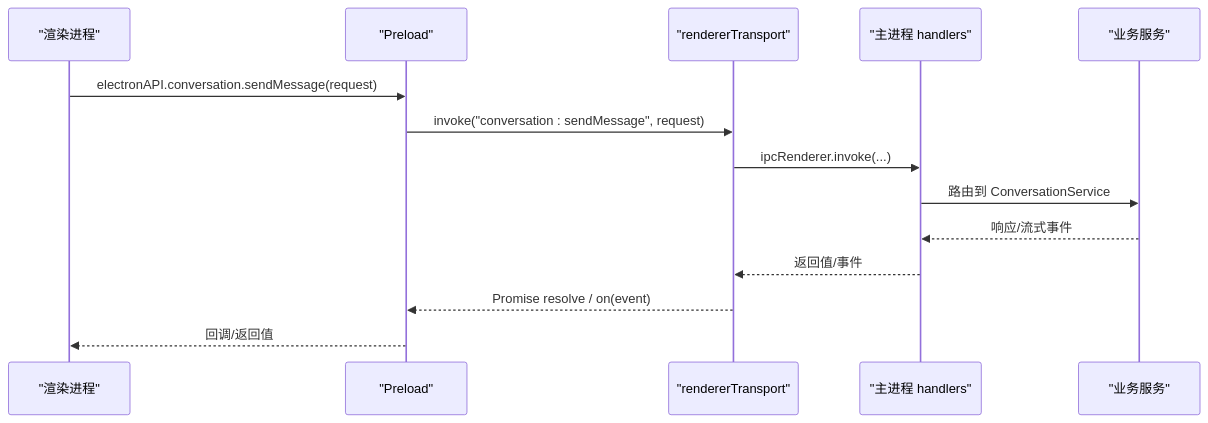
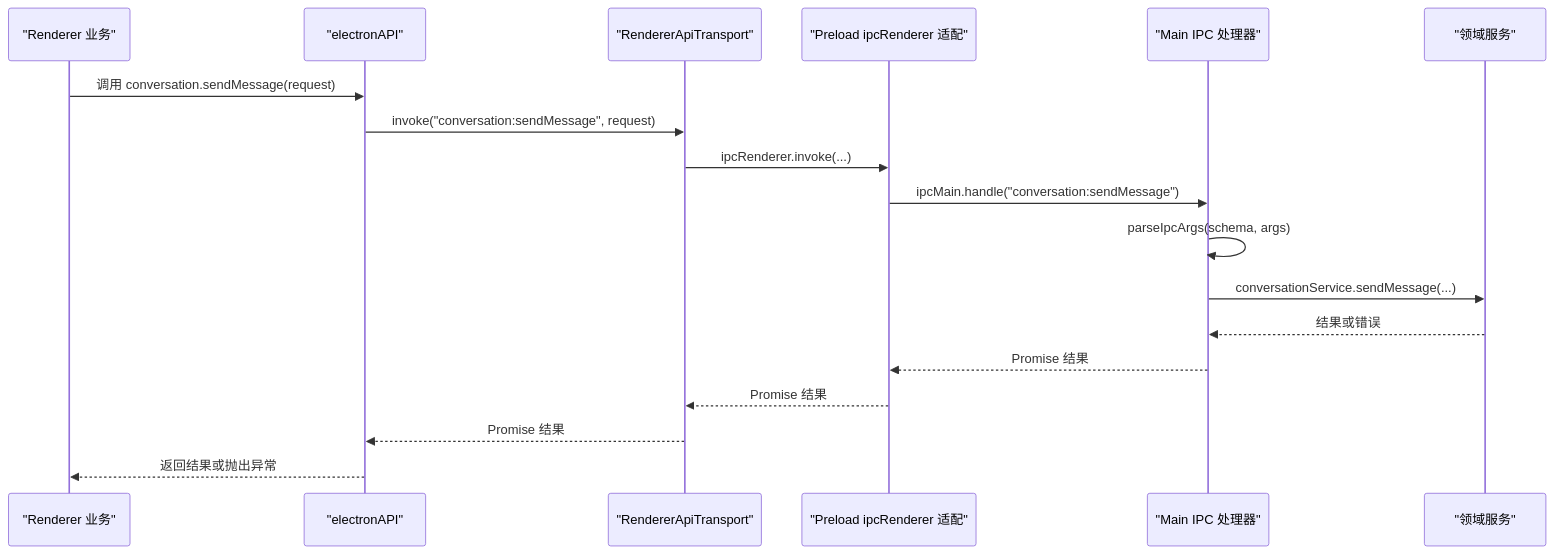
One commit to haolange/RDC-Agent changed the third of 4 diagrams in .qoder/repowiki/zh/content/API 参考/API 参考.md. Above: the diagram before and after it, drawn with Mermaid. The commit also changed other lines of this file and 356 other files, not shown here.

````diff
--- a/.qoder/repowiki/zh/content/API 参考/API 参考.md
+++ b/.qoder/repowiki/zh/content/API 参考/API 参考.md
@@ -86,16 +203,21 @@
 ```mermaid
 sequenceDiagram
-participant R as "渲染进程"
-participant P as "Preload"
-participant T as "rendererTransport"
-participant M as "主进程 handlers"
-participant S as "业务服务"
-R->>P : electronAPI.conversation.sendMessage(request)
-P->>T : invoke("conversation : sendMessage", request)
-T->>M : ipcRenderer.invoke(...)
-M->>S : 路由到 ConversationService
-S-->>M : 响应/流式事件
-M-->>T : 返回值/事件
-T-->>P : Promise resolve / on(event)
-P-->>R : 回调/返回值
+  participant R as "Renderer 业务"
+  participant E as "electronAPI"
+  participant T as "RendererApiTransport"
+  participant P as "Preload ipcRenderer 适配"
+  participant M as "Main IPC 处理器"
+  participant S as "领域服务"
+
+  R->>E: 调用 conversation.sendMessage(request)
+  E->>T: invoke("conversation:sendMessage", request)
+  T->>P: ipcRenderer.invoke(...)
+  P->>M: ipcMain.handle("conversation:sendMessage")
+  M->>M: parseIpcArgs(schema, args)
+  M->>S: conversationService.sendMessage(...)
+  S-->>M: 结果或错误
+  M-->>P: Promise 结果
+  P-->>T: Promise 结果
+  T-->>E: Promise 结果
+  E-->>R: 返回结果或抛出异常
 ```
````
